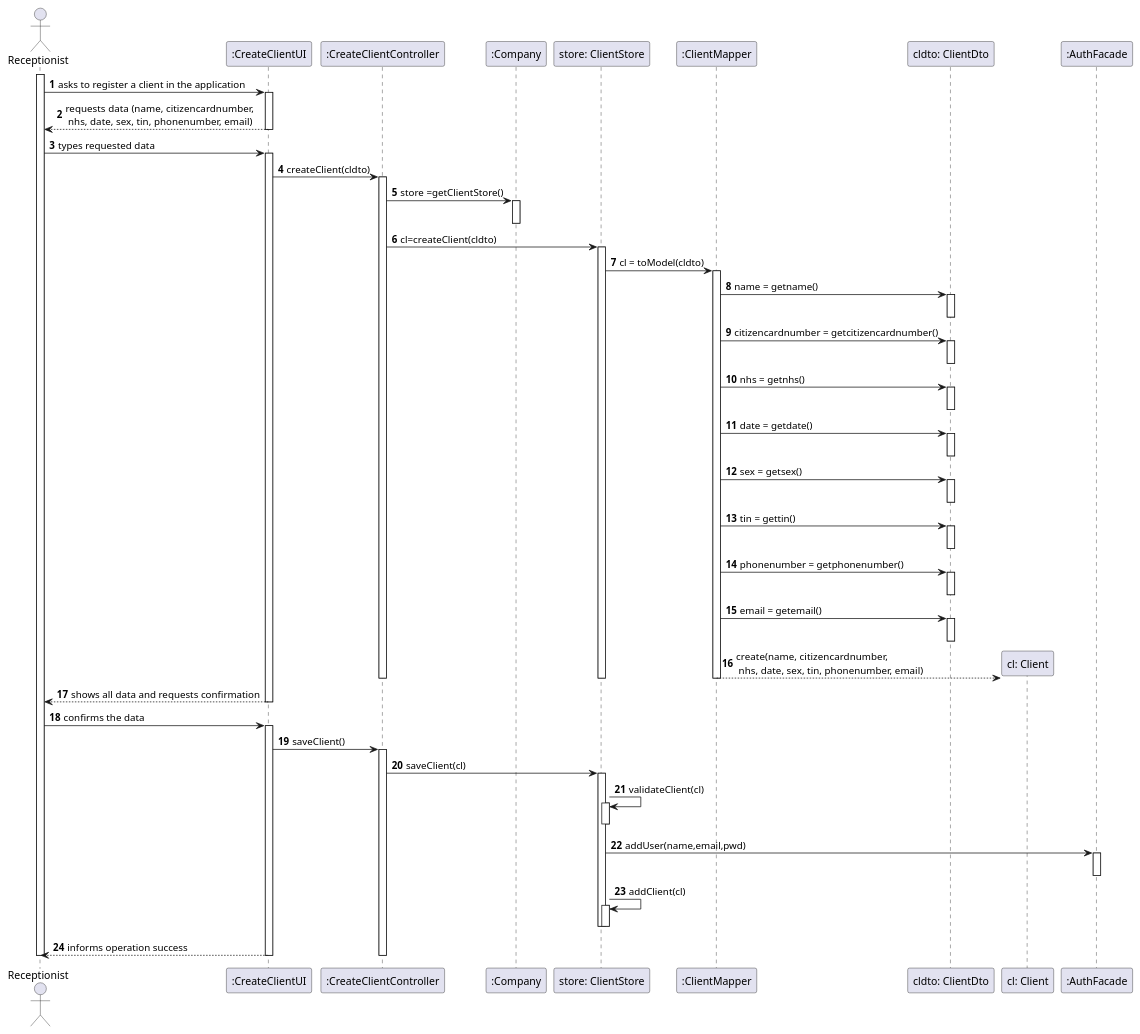
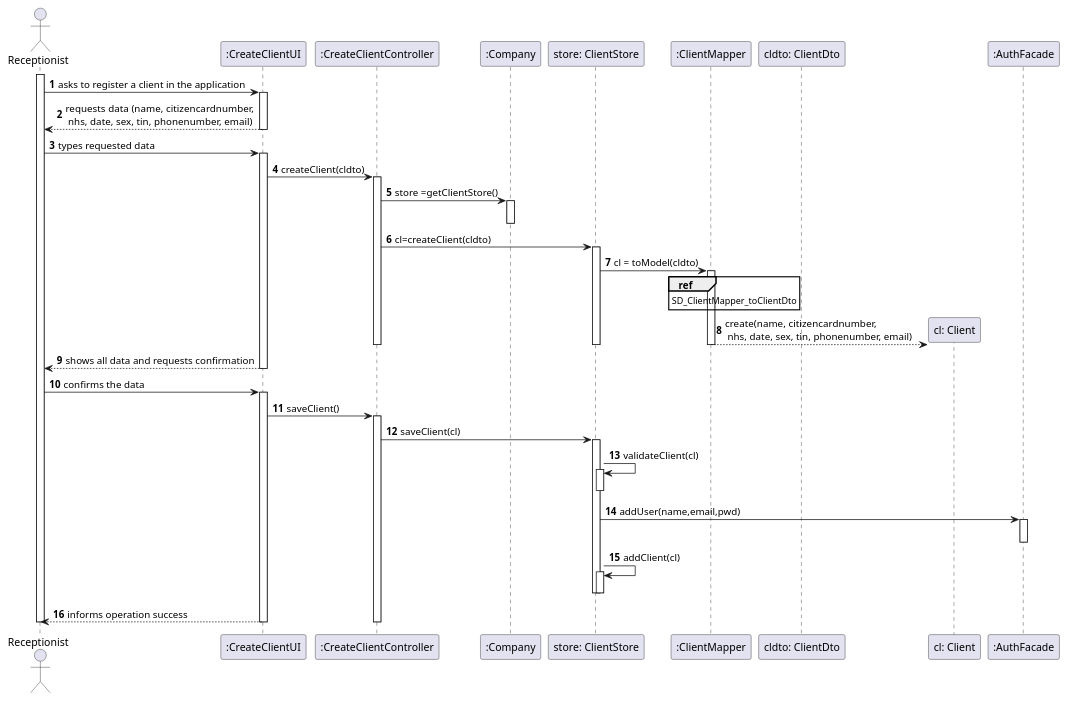
Before and after one commit to manu-07-ela/LAPR2_ISEP: the diagram in docs/SprintB/US03/US3_SD.puml, drawn with PlantUML. The commit also changed 2 other files, not shown here.

```diff
--- a/docs/SprintB/US03/US3_SD.puml
+++ b/docs/SprintB/US03/US3_SD.puml
@@ -1,106 +1,79 @@
 @startuml
 autonumber
 'hide footbox
 actor "Receptionist" as REP
 
 participant ":CreateClientUI" as UI
 participant ":CreateClientController" as CTRL
 participant ":Company" as COMP
 participant "store: ClientStore" as CS
 participant ":ClientMapper" as CM
 participant "cldto: ClientDto" as CDTO
 participant "cl: Client" as CL
 participant ":AuthFacade" as AF
 
 activate REP
 REP -> UI : asks to register a client in the application
 activate UI
 UI --> REP : requests data (name, citizencardnumber,\n nhs, date, sex, tin, phonenumber, email)
 deactivate UI
 
 REP -> UI : types requested data
 activate UI
 
 UI -> CTRL : createClient(cldto)
 activate CTRL
 
 CTRL -> COMP : store =getClientStore()
 activate COMP
 deactivate COMP
 
 CTRL -> CS : cl=createClient(cldto)
 activate CS
 
 CS -> CM : cl = toModel(cldto)
 
 activate CM
-CM -> CDTO : name = getname()
-activate CDTO
-deactivate CDTO
 
-CM -> CDTO : citizencardnumber = getcitizencardnumber()
-activate CDTO
-deactivate CDTO
-
-CM -> CDTO : nhs = getnhs()
-activate CDTO
-deactivate CDTO
-
-CM -> CDTO : date = getdate()
-activate CDTO
-deactivate CDTO
-
-CM -> CDTO : sex = getsex()
-activate CDTO
-deactivate CDTO
-
-CM -> CDTO : tin = gettin()
-activate CDTO
-deactivate CDTO
-
-CM -> CDTO : phonenumber = getphonenumber()
-activate CDTO
-deactivate CDTO
-
-CM -> CDTO : email = getemail()
-activate CDTO
-deactivate CDTO
+ref over CM
+  SD_ClientMapper_toClientDto
+end ref
 
 CM --> CL** : create(name, citizencardnumber,\n nhs, date, sex, tin, phonenumber, email)
 deactivate CM
 deactivate CS
 deactivate CTRL
 
 UI --> REP : shows all data and requests confirmation
 deactivate COMP
 deactivate UI
 
 REP -> UI : confirms the data
 activate UI
 UI -> CTRL : saveClient()
 activate CTRL
 
 CTRL -> CS : saveClient(cl)
 activate CS
 
 CS -> CS: validateClient(cl)
 activate CS
 deactivate CS
 
 CS -> AF: addUser(name,email,pwd)
 activate AF
 deactivate AF
 
 CS -> CS: addClient(cl)
 activate CS
 deactivate CS
 deactivate CS
 
 UI --> REP : informs operation success
 deactivate COMP
 deactivate CTRL
 deactivate UI
 
 deactivate REP
 
 @enduml
```
